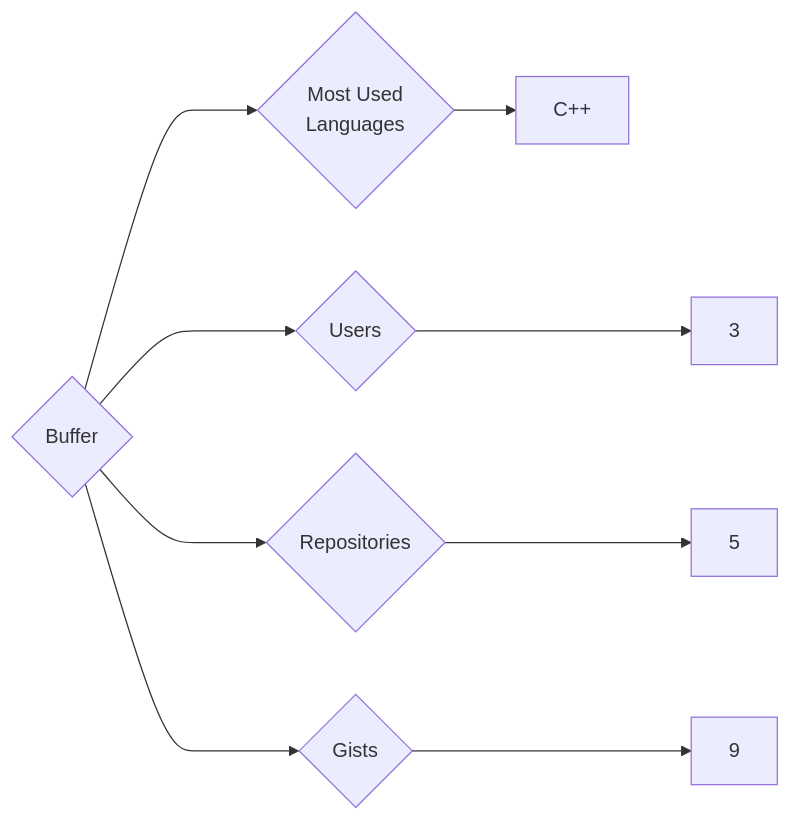
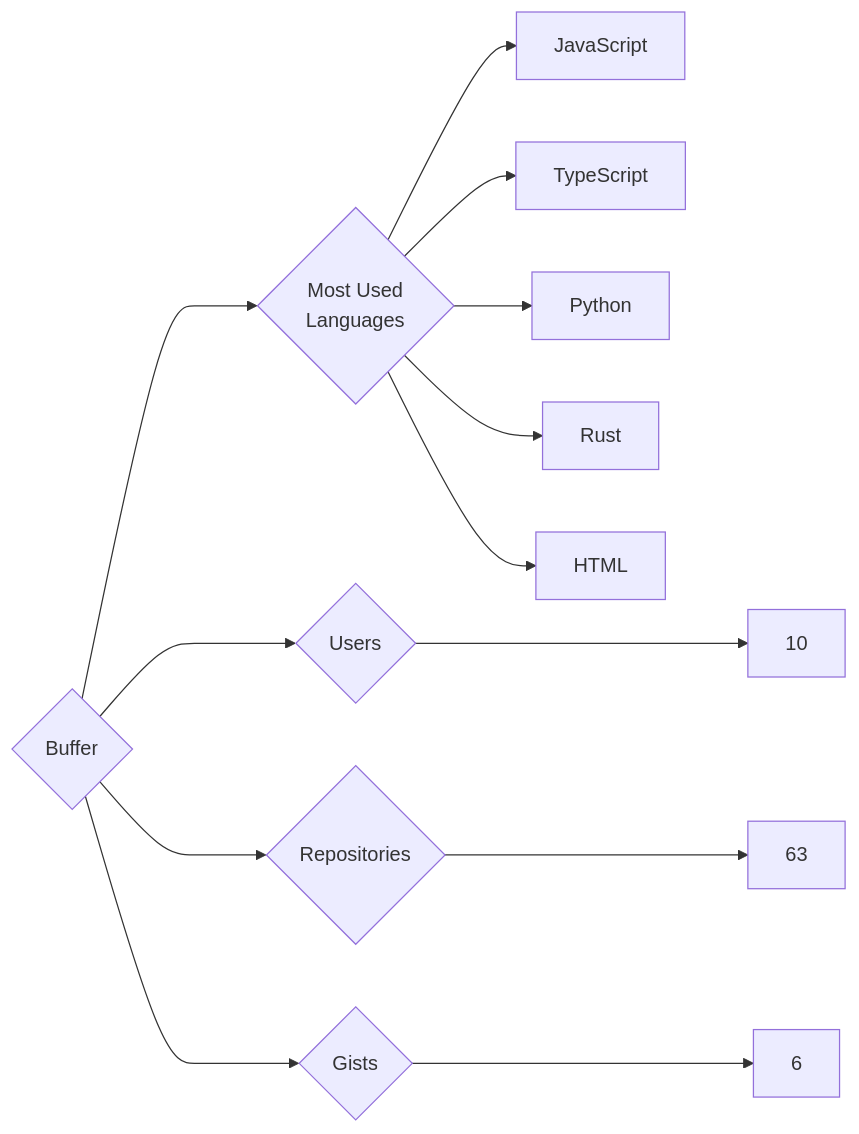
Before and after one commit to trickest/insiders: the diagram in targets/Buffer/README.md, drawn with Mermaid. The commit also changed 1238 other files, not shown here.

````diff
--- a/targets/Buffer/README.md
+++ b/targets/Buffer/README.md
@@ -3,9 +3,13 @@
 ```mermaid
 graph LR
 COMPANY_NAME{Buffer}
-COMPANY_NAME ---> U{Users} ---> UN[3]
-COMPANY_NAME ---> R{Repositories} ---> RN[5]
-COMPANY_NAME ---> G{Gists} ---> GN[9]
+COMPANY_NAME ---> U{Users} ---> UN[10]
+COMPANY_NAME ---> R{Repositories} ---> RN[63]
+COMPANY_NAME ---> G{Gists} ---> GN[6]
 COMPANY_NAME ---> ML{Most Used<br>Languages}
-ML --> C++[C++]
+ML --> JavaScript[JavaScript]
+ML --> TypeScript[TypeScript]
+ML --> Python[Python]
+ML --> Rust[Rust]
+ML --> HTML[HTML]
 ```
````
